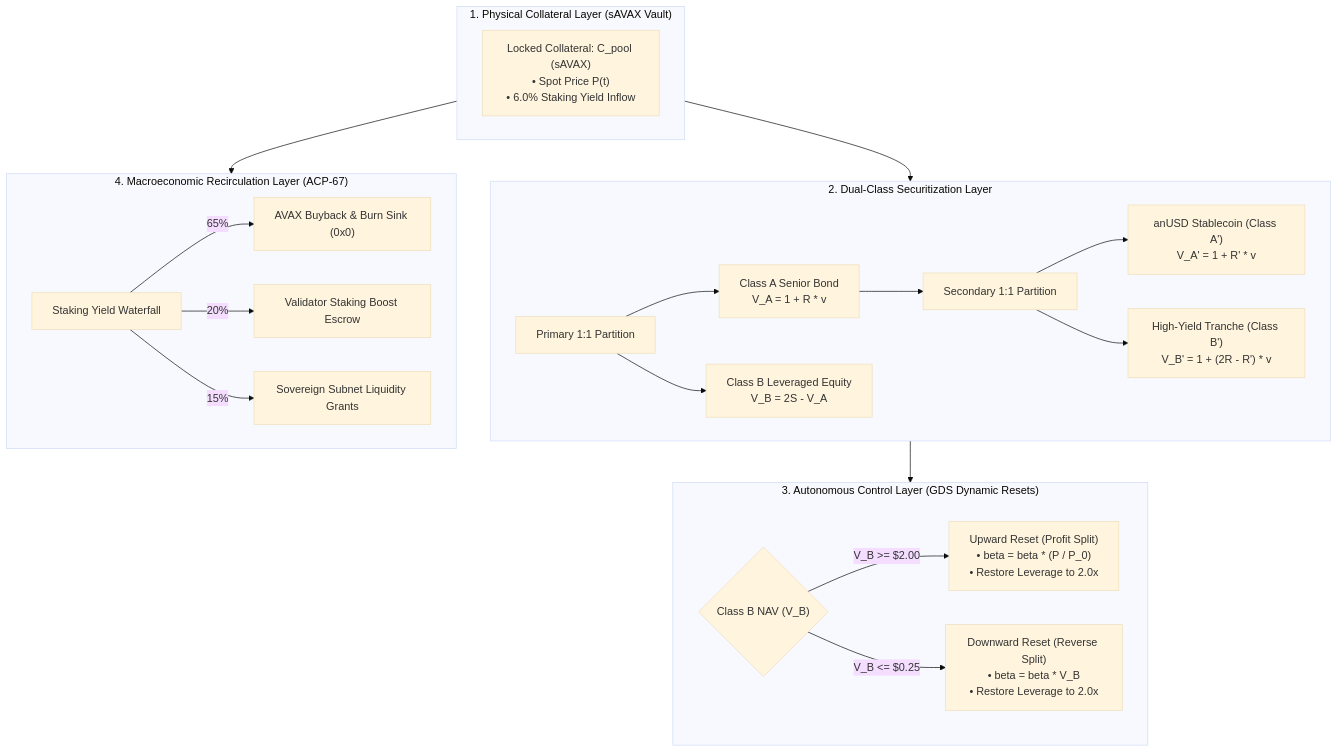
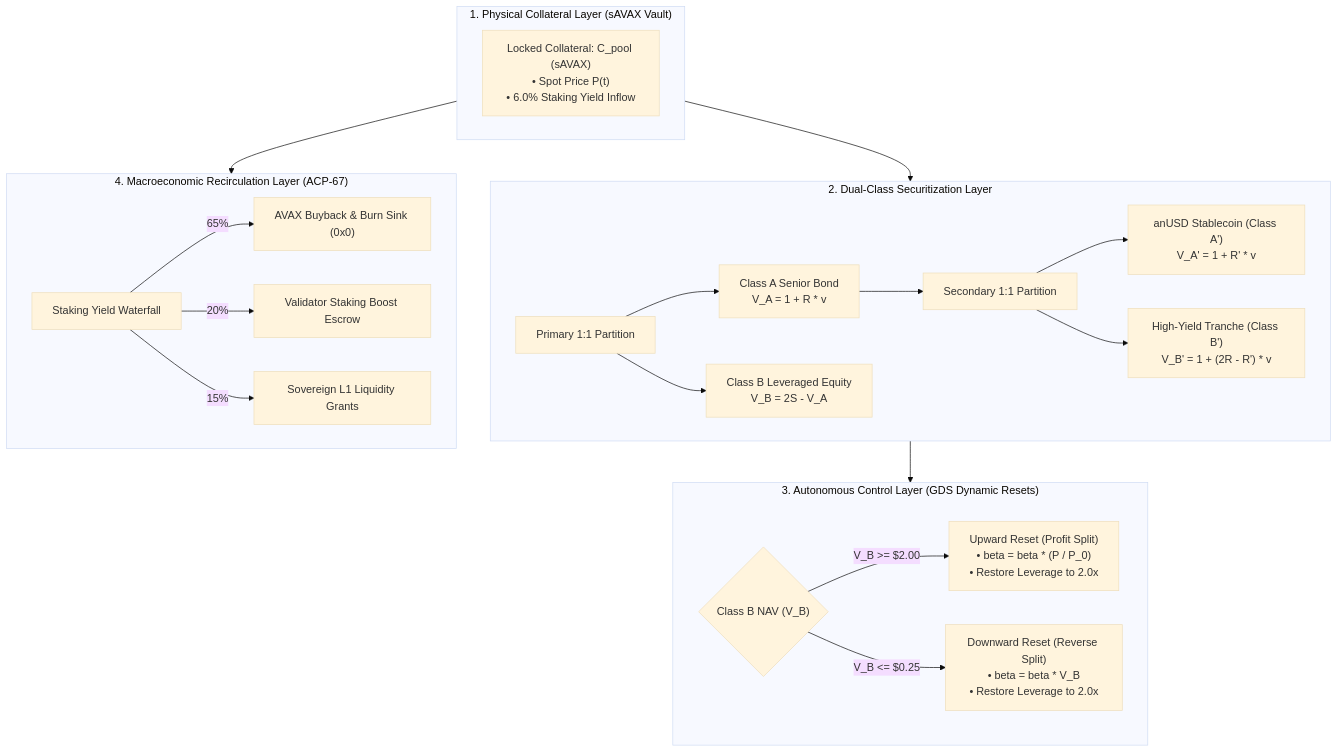
The first of 3 diagrams in docs/reports/TOKEN_ENGINEERING_SYSTEM_SPEC.md (coad1024-cmd/avalanche-native-stablecoin), drawn with Mermaid (base theme) before and after one commit. The commit also changed other lines of this file and 17 other files, not shown here.

````diff
--- a/docs/reports/TOKEN_ENGINEERING_SYSTEM_SPEC.md
+++ b/docs/reports/TOKEN_ENGINEERING_SYSTEM_SPEC.md
@@ -16,30 +16,30 @@
 ```mermaid
 flowchart TD
     subgraph Layer1["1. Physical Collateral Layer (sAVAX Vault)"]
         Collateral["Locked Collateral: C_pool (sAVAX)\n• Spot Price P(t)\n• 6.0% Staking Yield Inflow"]
     end
 
     subgraph Layer2["2. Dual-Class Securitization Layer"]
         PrimarySplit["Primary 1:1 Partition"] --> ClassA["Class A Senior Bond\nV_A = 1 + R * v"]
         PrimarySplit --> ClassB["Class B Leveraged Equity\nV_B = 2S - V_A"]
         ClassA --> SecondarySplit["Secondary 1:1 Partition"]
         SecondarySplit --> anUSD["anUSD Stablecoin (Class A')\nV_A' = 1 + R' * v"]
         SecondarySplit --> YieldB["High-Yield Tranche (Class B')\nV_B' = 1 + (2R - R') * v"]
     end
 
     subgraph Layer3["3. Autonomous Control Layer (GDS Dynamic Resets)"]
         BarrierCheck{"Class B NAV (V_B)"}
         BarrierCheck -- "V_B >= $2.00" --> UpwardReset["Upward Reset (Profit Split)\n• beta = beta * (P / P_0)\n• Restore Leverage to 2.0x"]
         BarrierCheck -- "V_B <= $0.25" --> DownwardReset["Downward Reset (Reverse Split)\n• beta = beta * V_B\n• Restore Leverage to 2.0x"]
     end
 
     subgraph Layer4["4. Macroeconomic Recirculation Layer (ACP-67)"]
         YieldWaterfall["Staking Yield Waterfall"] -->|65%| BurnSink["AVAX Buyback & Burn Sink (0x0)"]
         YieldWaterfall -->|20%| ValSink["Validator Staking Boost Escrow"]
-        YieldWaterfall -->|15%| L1Sink["Sovereign Subnet Liquidity Grants"]
+        YieldWaterfall -->|15%| L1Sink["Sovereign L1 Liquidity Grants"]
     end
 
     Layer1 --> Layer2
     Layer2 --> Layer3
     Layer1 --> Layer4
 ```
````
